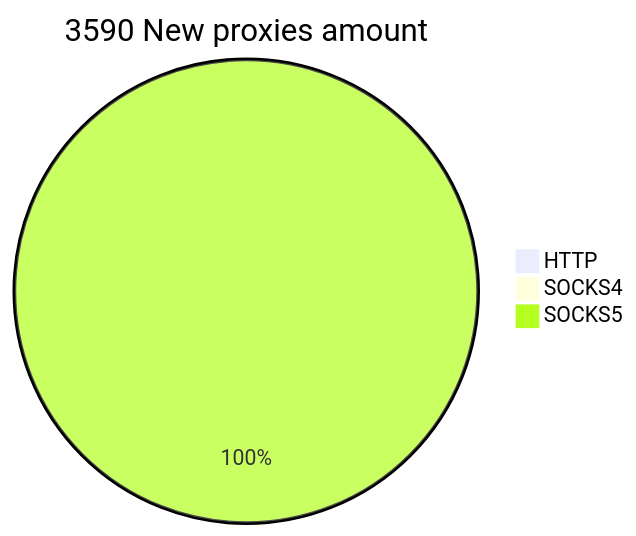
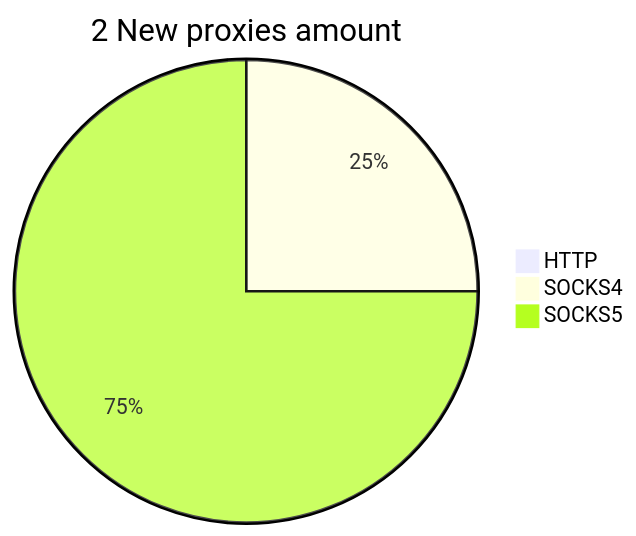
The second of 2 diagrams in README.md (cutipu/proxylist), drawn with Mermaid before and after one commit. The commit also changed other lines of this file, not shown here.

````diff
--- a/README.md
+++ b/README.md
@@ -10,6 +10,6 @@
 ```mermaid
-pie title 3590 New proxies amount
+pie title 2 New proxies amount
     "HTTP" : 0
     "SOCKS4" : 1
-    "SOCKS5" : 3589
+    "SOCKS5" : 3
 ```
````
